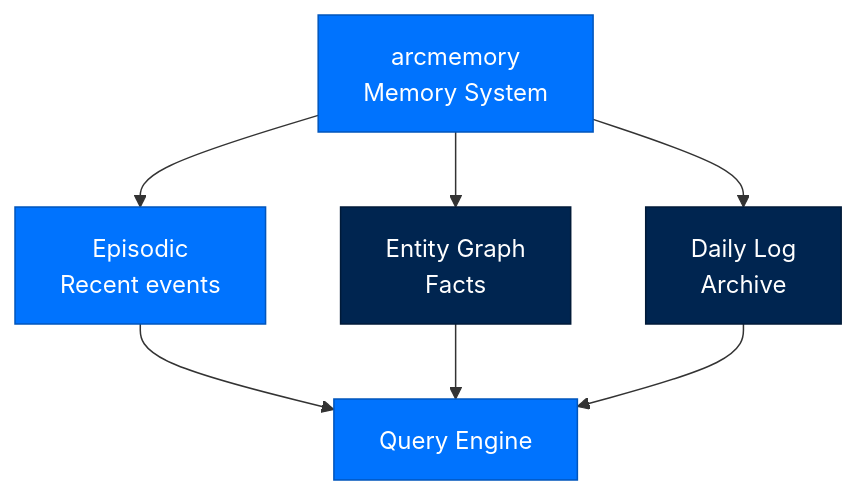
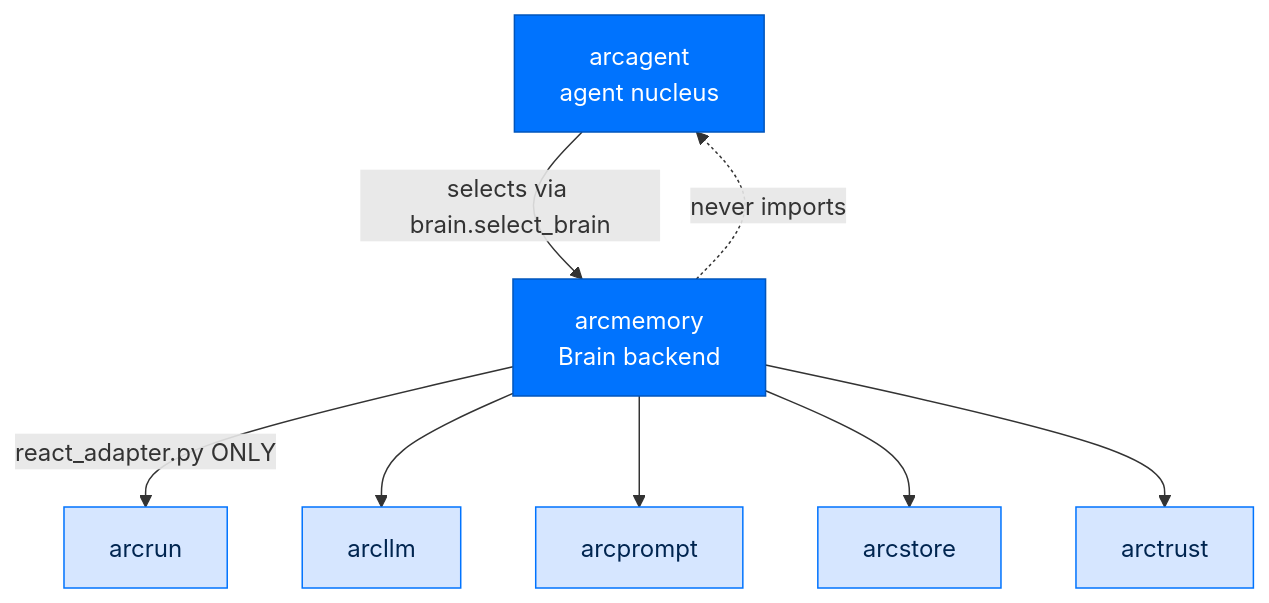
Before and after one commit to joshuamschultz/Arc: the first of 3 diagrams in docs/building/packages/arcmemory.md, drawn with Mermaid. The commit also changed other lines of this file and 7 other files, not shown here.

````diff
--- a/docs/building/packages/arcmemory.md
+++ b/docs/building/packages/arcmemory.md
@@ -33,13 +57,21 @@
 ```mermaid
 flowchart TB
-    classDef fast fill:#0073FE,stroke:#0055BC,color:#FFFFFF
-    classDef slow fill:#002550,stroke:#001A38,color:#FFFFFF
+    classDef pkg fill:#0073FE,stroke:#0055BC,color:#FFFFFF
+    classDef leaf fill:#D6E6FF,stroke:#0073FE,color:#002550
 
-    arcmemory[arcmemory<br/>Memory System]:::fast --> Episodic[Episodic<br/>Recent events]:::fast
-    arcmemory --> Entity[Entity Graph<br/>Facts]:::slow
-    arcmemory --> Daily[Daily Log<br/>Archive]:::slow
-    
-    Episodic --> Query[Query Engine]:::fast
-    Entity --> Query
-    Daily --> Query
+    arcagent[arcagent<br/>agent nucleus]:::pkg
+    arcmemory[arcmemory<br/>Brain backend]:::pkg
+    arcrun[arcrun]:::leaf
+    arcllm[arcllm]:::leaf
+    arcprompt[arcprompt]:::leaf
+    arcstore[arcstore]:::leaf
+    arctrust[arctrust]:::leaf
+
+    arcagent -->|selects via brain.select_brain| arcmemory
+    arcmemory -->|react_adapter.py ONLY| arcrun
+    arcmemory --> arcllm
+    arcmemory --> arcprompt
+    arcmemory --> arcstore
+    arcmemory --> arctrust
+    arcmemory -. never imports .-> arcagent
 ```
````
